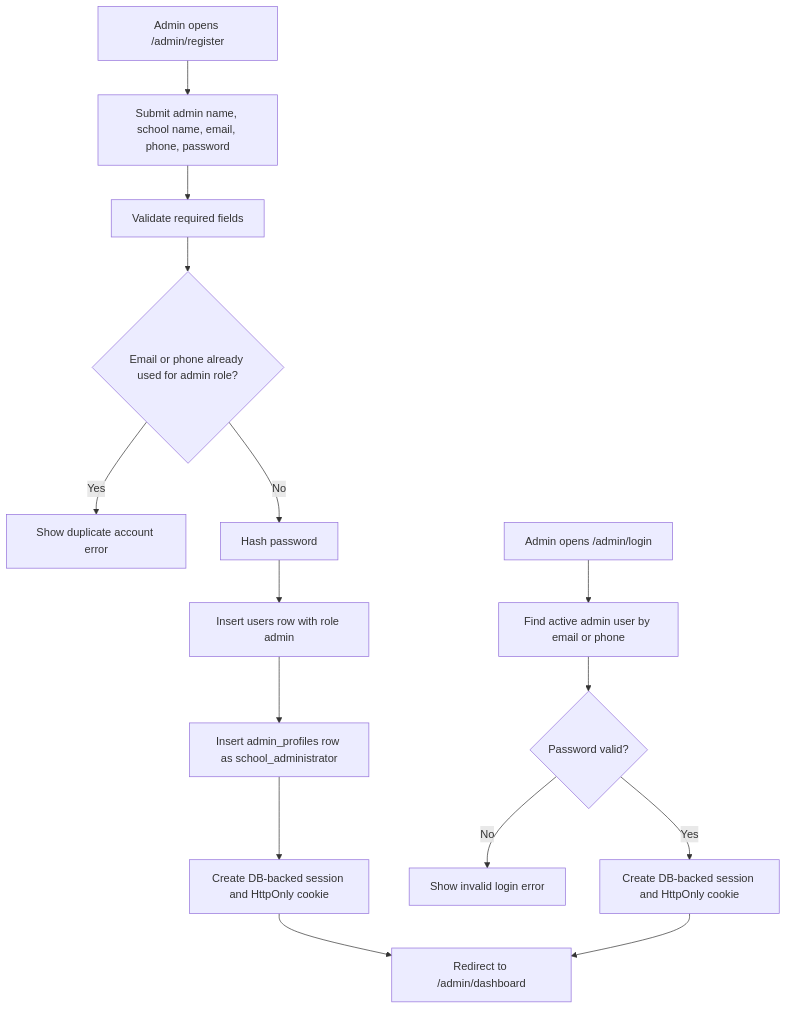
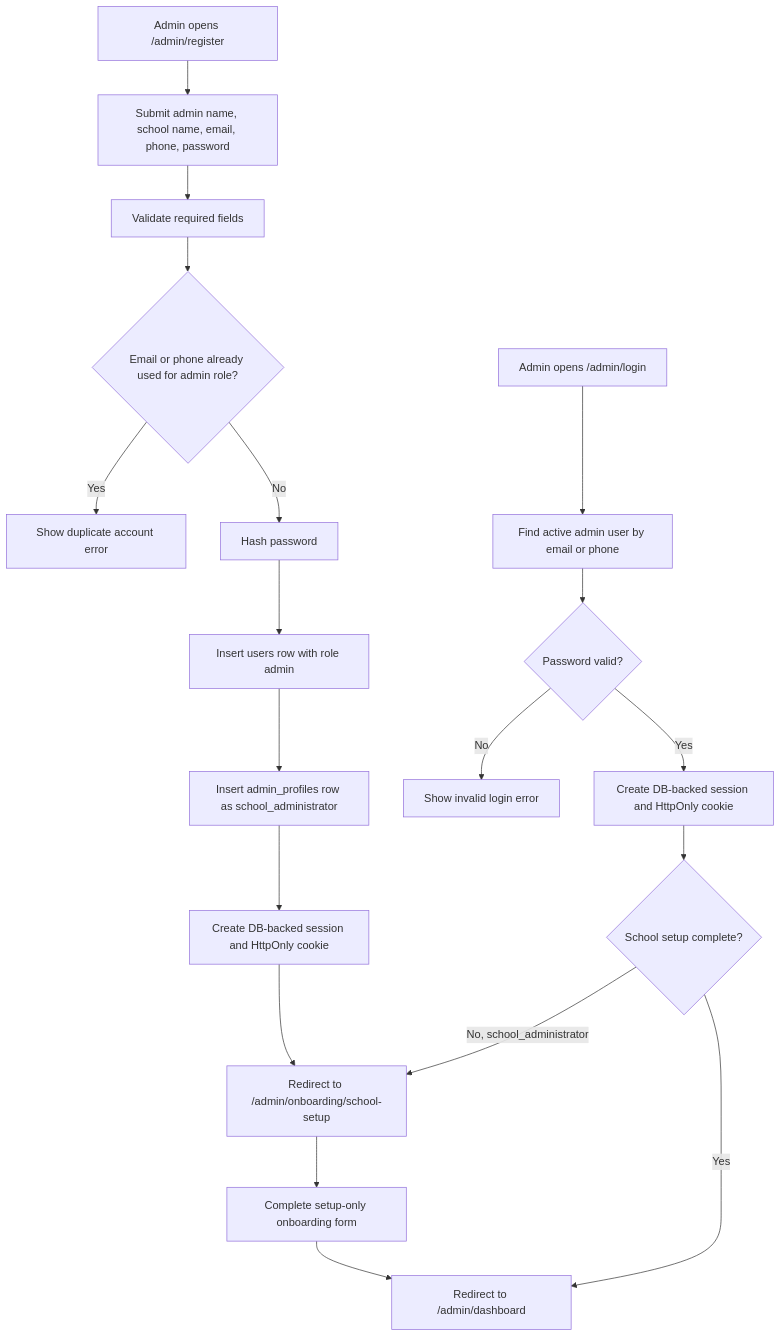
One commit to Xeyn19/xmetapay changed the third of 17 diagrams in docs/PROJECT_FLOWCHARTS.md. Above: the diagram before and after it, drawn with Mermaid. The commit also changed other lines of this file and 13 other files, not shown here.

````diff
--- a/docs/PROJECT_FLOWCHARTS.md
+++ b/docs/PROJECT_FLOWCHARTS.md
@@ -125,18 +125,22 @@
 ```mermaid
 flowchart TD
   A["Admin opens /admin/register"] --> B["Submit admin name, school name, email, phone, password"]
   B --> C["Validate required fields"]
   C --> D{"Email or phone already used for admin role?"}
   D -->|Yes| E["Show duplicate account error"]
   D -->|No| F["Hash password"]
   F --> G["Insert users row with role admin"]
   G --> H["Insert admin_profiles row as school_administrator"]
   H --> I["Create DB-backed session and HttpOnly cookie"]
-  I --> J["Redirect to /admin/dashboard"]
+  I --> J["Redirect to /admin/onboarding/school-setup"]
+  J --> K["Complete setup-only onboarding form"]
+  K --> L["Redirect to /admin/dashboard"]
 
-  K["Admin opens /admin/login"] --> L["Find active admin user by email or phone"]
-  L --> M{"Password valid?"}
-  M -->|No| N["Show invalid login error"]
-  M -->|Yes| O["Create DB-backed session and HttpOnly cookie"]
-  O --> J
+  M["Admin opens /admin/login"] --> N["Find active admin user by email or phone"]
+  N --> O{"Password valid?"}
+  O -->|No| P["Show invalid login error"]
+  O -->|Yes| Q["Create DB-backed session and HttpOnly cookie"]
+  Q --> R{"School setup complete?"}
+  R -->|No, school_administrator| J
+  R -->|Yes| L
 ```
````
